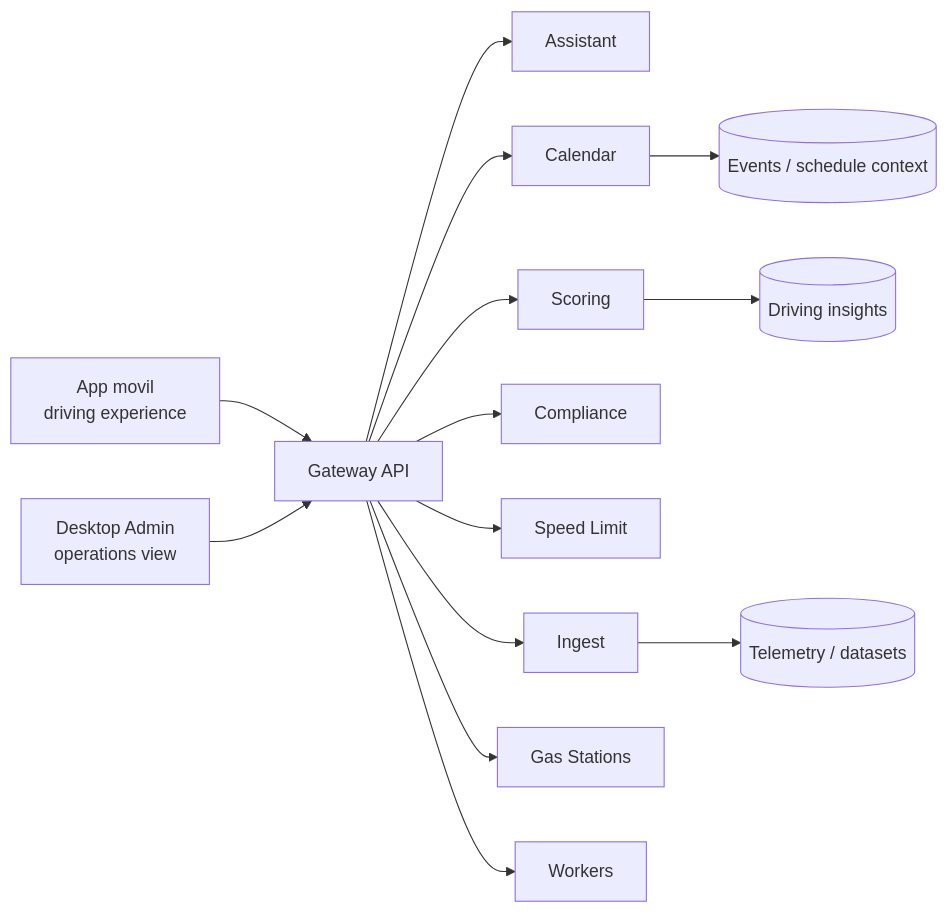
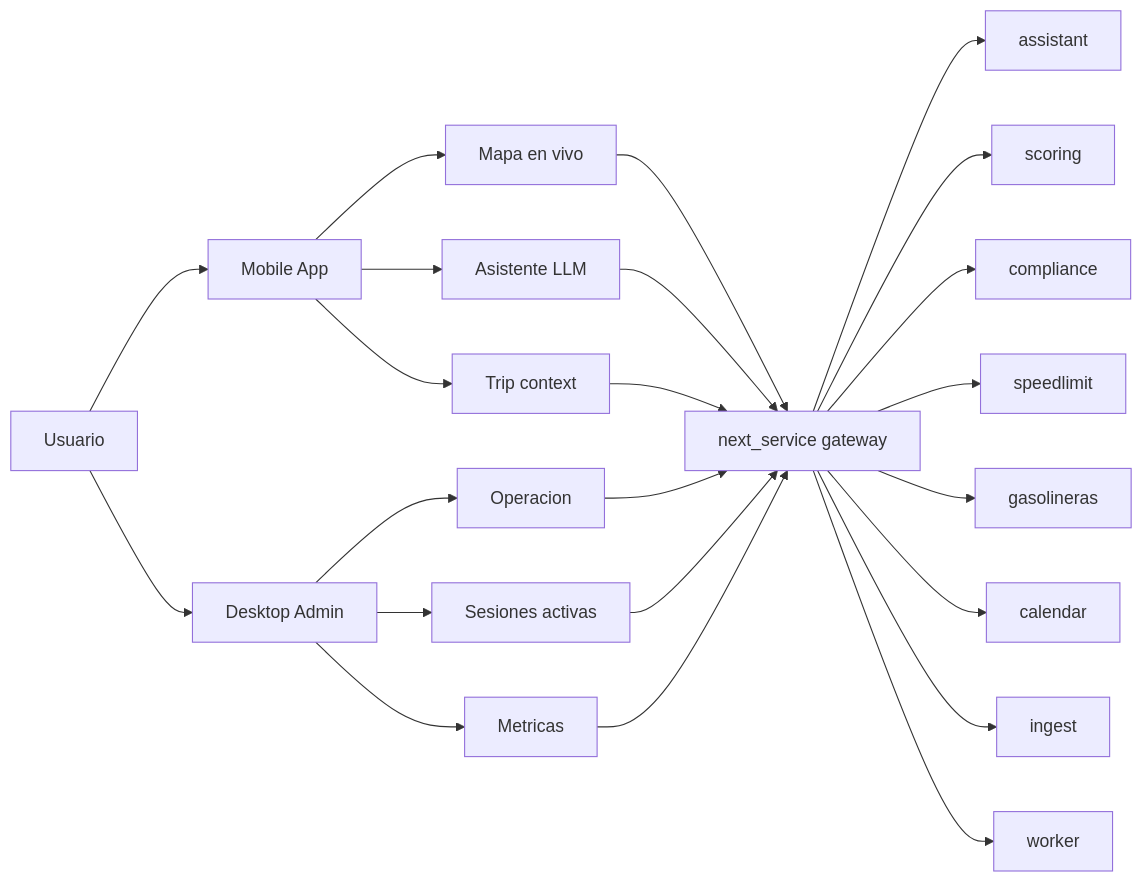
The diagram in profile/README.md (NextEdge-Deusto/.github), drawn with Mermaid before and after one commit. The commit also changed other lines of this file and 1 other file, not shown here.

````diff
--- a/profile/README.md
+++ b/profile/README.md
@@ -54,16 +34,29 @@
 ```mermaid
 flowchart LR
-  M[App movil<br/>driving experience] --> G[Gateway API]
-  D[Desktop Admin<br/>operations view] --> G
-  G --> A[Assistant]
-  G --> C[Calendar]
-  G --> S[Scoring]
-  G --> P[Compliance]
-  G --> L[Speed Limit]
-  G --> I[Ingest]
-  G --> F[Gas Stations]
-  G --> W[Workers]
-  I --> T[(Telemetry / datasets)]
-  C --> E[(Events / schedule context)]
-  S --> R[(Driving insights)]
+  U[Usuario] --> M[Mobile App]
+  U --> D[Desktop Admin]
+
+  M --> MAP[Mapa en vivo]
+  M --> CHAT[Asistente LLM]
+  M --> TRIP[Trip context]
+
+  D --> OPS[Operacion]
+  D --> LIVE[Sesiones activas]
+  D --> METRICS[Metricas]
+
+  MAP --> G[next_service gateway]
+  CHAT --> G
+  TRIP --> G
+  OPS --> G
+  LIVE --> G
+  METRICS --> G
+
+  G --> ASSIST[assistant]
+  G --> SCORE[scoring]
+  G --> COMP[compliance]
+  G --> SPEED[speedlimit]
+  G --> GAS[gasolineras]
+  G --> CAL[calendar]
+  G --> ING[ingest]
+  G --> WORK[worker]
 ```
````
